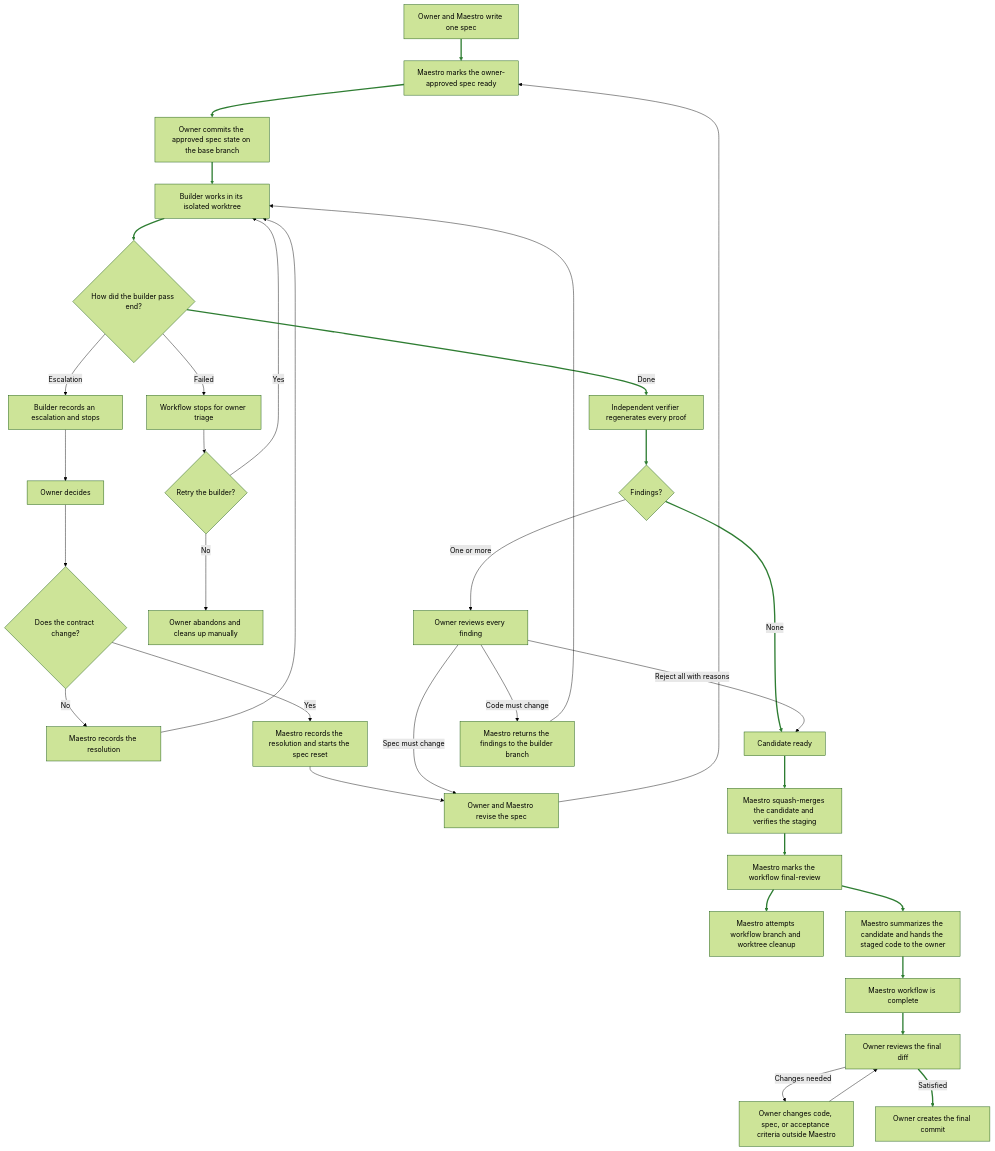
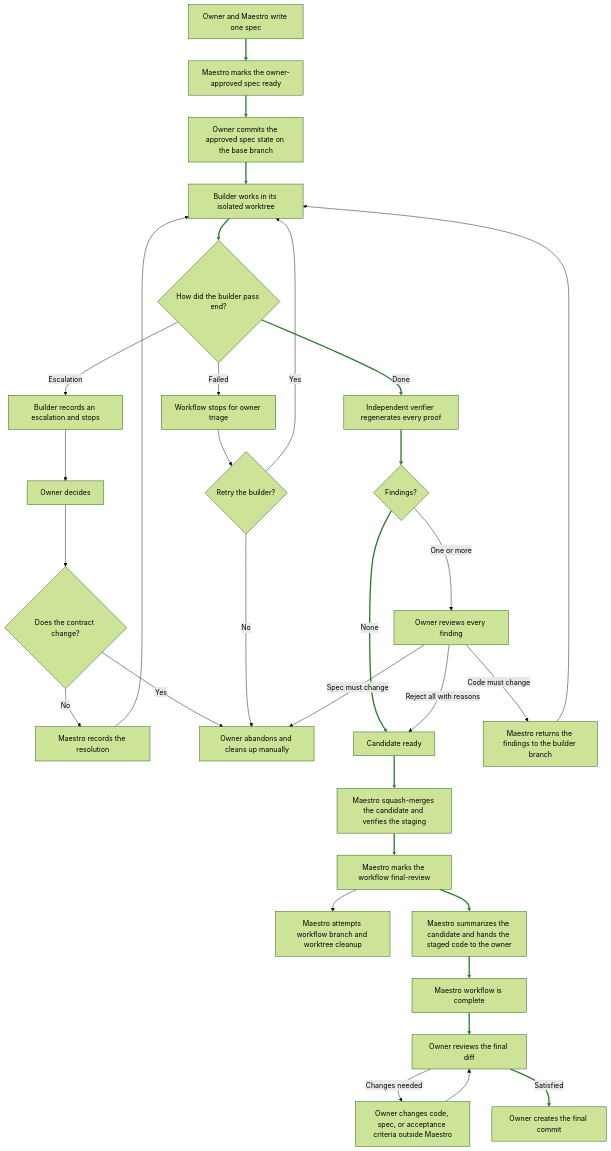
One commit to emilioSp/pi-maestro changed the diagram in plan.md. Above: the diagram before and after it, drawn with Mermaid (forest theme). The commit also changed other lines of this file and 11 other files, not shown here.

````diff
--- a/plan.md
+++ b/plan.md
@@ -692,52 +688,50 @@
 ```mermaid
 flowchart TD
     spec[Owner and Maestro write one spec]
     ready[Maestro marks the owner-approved spec ready]
     approval[Owner commits the approved spec state on the base branch]
     build[Builder works in its isolated worktree]
     buildOutcome{How did the builder pass end?}
 
     spec --> ready
     ready --> approval
     approval --> build
     build --> buildOutcome
 
     buildOutcome -->|Escalation| escalation[Builder records an escalation and stops]
     escalation --> ownerAnswer[Owner decides]
     ownerAnswer --> escalationOutcome{Does the contract change?}
     escalationOutcome -->|No| recordContinue[Maestro records the resolution]
     recordContinue --> build
-    escalationOutcome -->|Yes| recordRevision[Maestro records the resolution and starts the spec reset]
-    recordRevision --> reviseSpec
+    escalationOutcome -->|Yes| manualAbandon[Owner abandons and cleans up manually]
 
     buildOutcome -->|Failed| builderFailed[Workflow stops for owner triage]
     builderFailed --> retryBuilder{Retry the builder?}
     retryBuilder -->|Yes| build
-    retryBuilder -->|No| manualAbandon[Owner abandons and cleans up manually]
+    retryBuilder -->|No| manualAbandon
 
     buildOutcome -->|Done| verify[Independent verifier regenerates every proof]
     verify --> findings{Findings?}
 
     findings -->|None| candidate[Candidate ready]
     findings -->|One or more| ownerFindings[Owner reviews every finding]
 
     ownerFindings -->|Reject all with reasons| candidate
     ownerFindings -->|Code must change| returnBuilder[Maestro returns the findings to the builder branch]
     returnBuilder --> build
 
-    ownerFindings -->|Spec must change| reviseSpec[Owner and Maestro revise the spec]
-    reviseSpec --> ready
+    ownerFindings -->|Spec must change| manualAbandon
 
     candidate --> staged[Maestro squash-merges the candidate and verifies the staging]
     staged --> finalState[Maestro marks the workflow final-review]
     finalState --> cleanup[Maestro attempts workflow branch and worktree cleanup]
     finalState --> finalSummary[Maestro summarizes the candidate and hands the staged code to the owner]
     finalSummary --> workflowDone[Maestro workflow is complete]
     workflowDone --> humanReview[Owner reviews the final diff]
 
     humanReview -->|Changes needed| adjust[Owner changes code, spec, or acceptance criteria outside Maestro]
     adjust --> humanReview
     humanReview -->|Satisfied| finalCommit[Owner creates the final commit]
 
-    linkStyle 0,1,2,3,15,16,17,24,25,26,27,28,29,32 stroke:#2e7d32,stroke-width:3px
+    linkStyle 0,1,2,3,14,15,16,22,23,25,26,27,30 stroke:#2e7d32,stroke-width:3px
 ```
````
